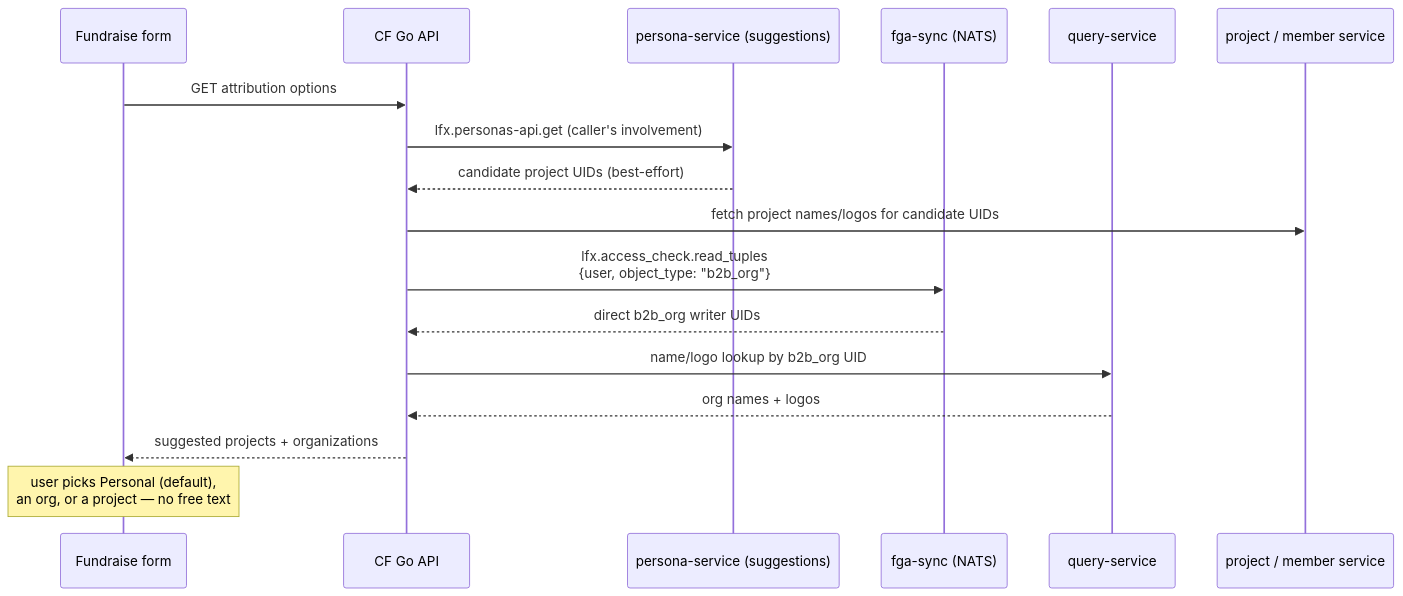
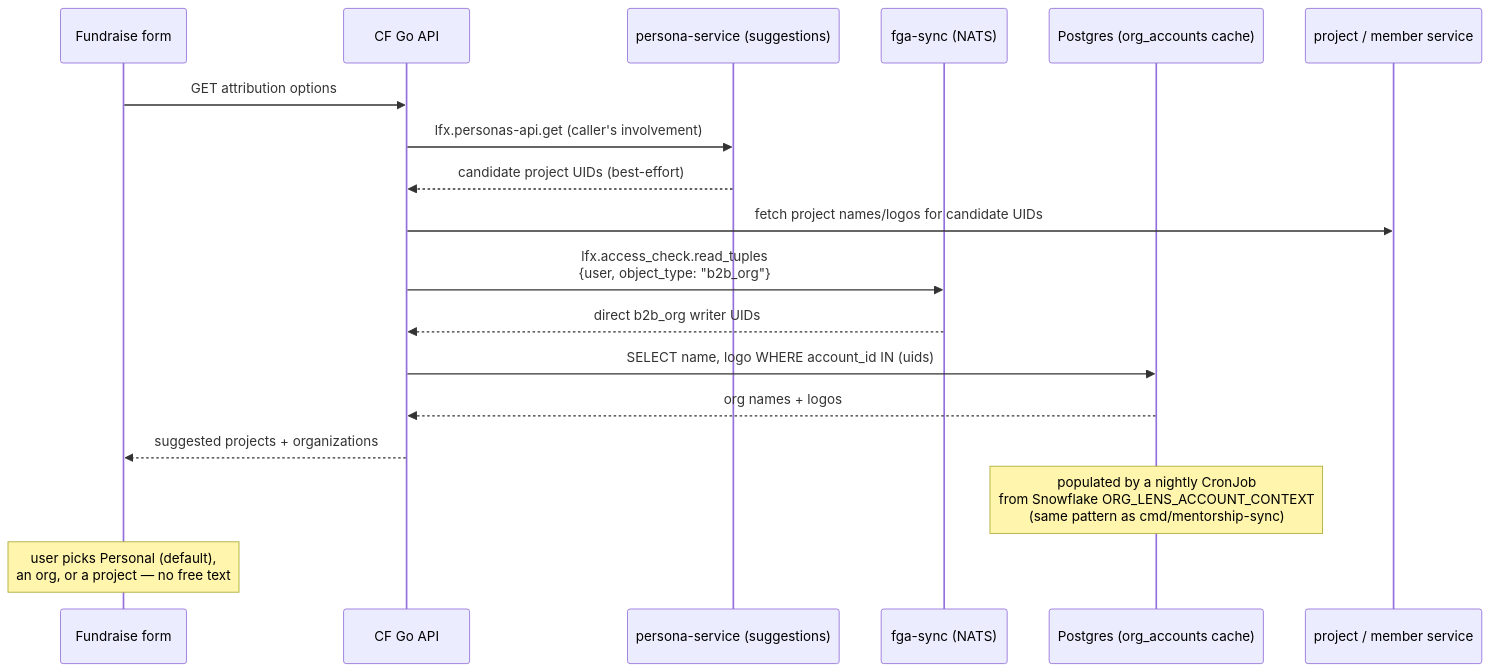
One commit to linuxfoundation/lfx-crowdfunding changed the fourth of 4 diagrams in backend/docs/rewrite/11-initiative-attribution-and-access.md. Above: the diagram before and after it, drawn with Mermaid. The commit also changed other lines of this file, not shown here.

First line of the commit message:
docs(rewrite): resolve org-picker name lookup via Snowflake, confirm NATS transit is live

````diff
--- a/backend/docs/rewrite/11-initiative-attribution-and-access.md
+++ b/backend/docs/rewrite/11-initiative-attribution-and-access.md
@@ -293,20 +298,21 @@
 ```mermaid
 sequenceDiagram
     participant FE as Fundraise form
     participant API as CF Go API
     participant AF as persona-service (suggestions)
     participant FS as fga-sync (NATS)
-    participant QS as query-service
+    participant DB as Postgres (org_accounts cache)
     participant PS as project / member service
 
     FE->>API: GET attribution options
     API->>AF: lfx.personas-api.get (caller's involvement)
     AF-->>API: candidate project UIDs (best-effort)
     API->>PS: fetch project names/logos for candidate UIDs
     API->>FS: lfx.access_check.read_tuples<br/>{user, object_type: "b2b_org"}
     FS-->>API: direct b2b_org writer UIDs
-    API->>QS: name/logo lookup by b2b_org UID
-    QS-->>API: org names + logos
+    API->>DB: SELECT name, logo WHERE account_id IN (uids)
+    DB-->>API: org names + logos
     API-->>FE: suggested projects + organizations
+    Note over DB: populated by a nightly CronJob<br/>from Snowflake ORG_LENS_ACCOUNT_CONTEXT<br/>(same pattern as cmd/mentorship-sync)
     Note over FE: user picks Personal (default),<br/>an org, or a project — no free text
 ```
````
